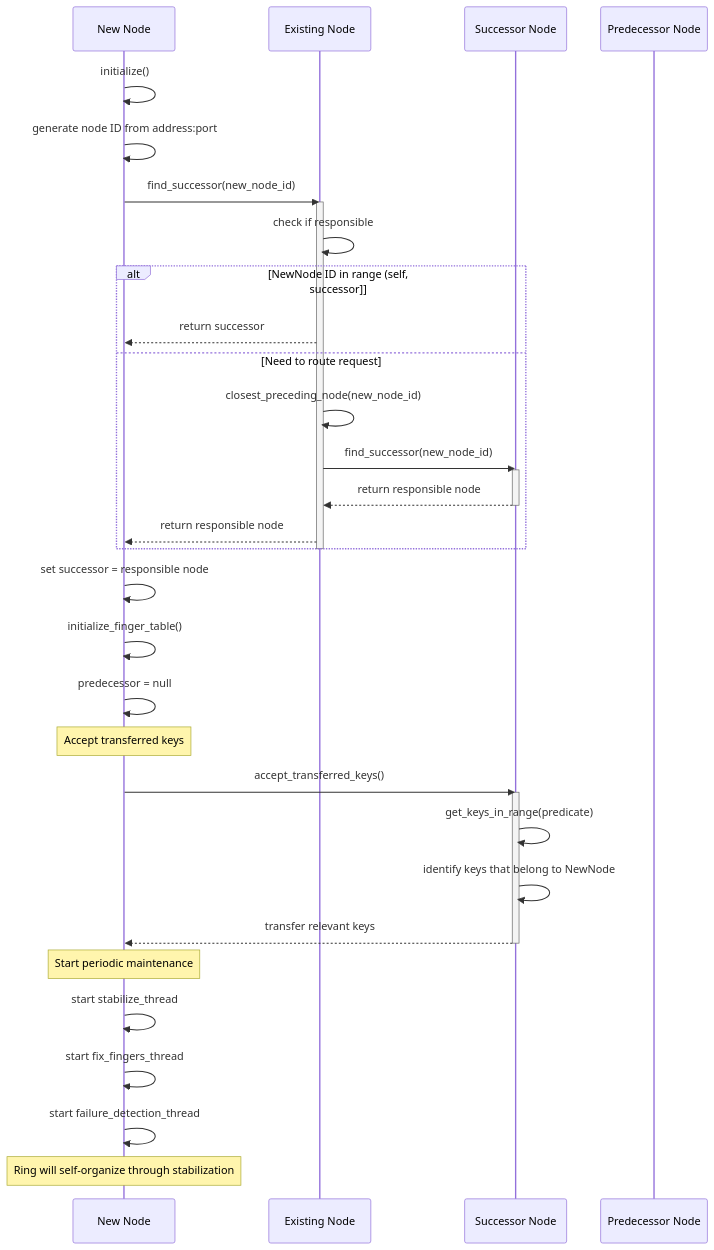
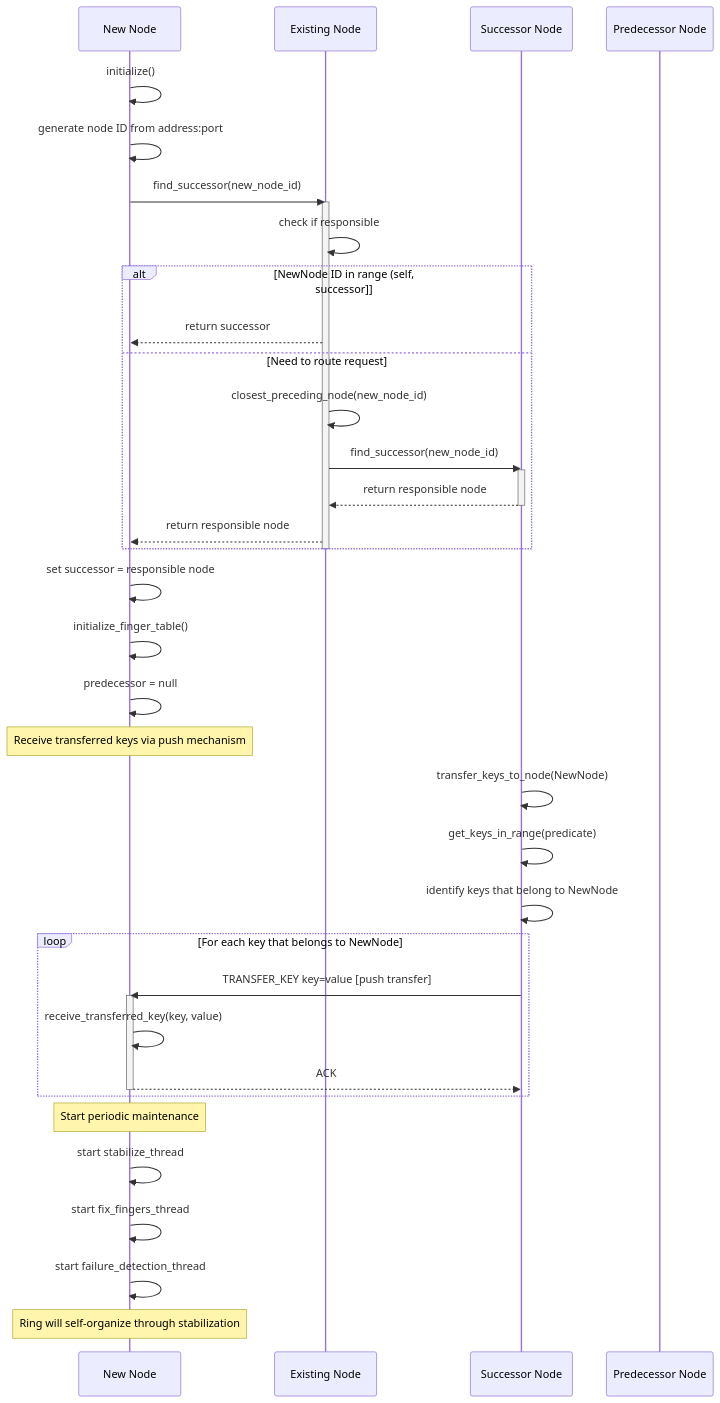
The first of 7 diagrams in CHORD_COMMUNICATION_SEQUENCE.md (ryogrid/FunnelKVS-CPP), drawn with Mermaid before and after one commit. The commit also changed other lines of this file and 3 other files, not shown here.

````diff
--- a/CHORD_COMMUNICATION_SEQUENCE.md
+++ b/CHORD_COMMUNICATION_SEQUENCE.md
@@ -26,45 +26,50 @@
 ```mermaid
 sequenceDiagram
     participant NewNode as New Node
     participant ExistingNode as Existing Node
     participant Successor as Successor Node
     participant Predecessor as Predecessor Node
 
     NewNode->>NewNode: initialize()
     NewNode->>NewNode: generate node ID from address:port
     
     NewNode->>ExistingNode: find_successor(new_node_id)
     activate ExistingNode
     
     ExistingNode->>ExistingNode: check if responsible
     alt NewNode ID in range (self, successor]
         ExistingNode-->>NewNode: return successor
     else Need to route request
         ExistingNode->>ExistingNode: closest_preceding_node(new_node_id)
         ExistingNode->>Successor: find_successor(new_node_id)
         activate Successor
         Successor-->>ExistingNode: return responsible node
         deactivate Successor
         ExistingNode-->>NewNode: return responsible node
     end
     deactivate ExistingNode
     
     NewNode->>NewNode: set successor = responsible node
     NewNode->>NewNode: initialize_finger_table()
     NewNode->>NewNode: predecessor = null
     
-    Note over NewNode: Accept transferred keys
-    NewNode->>Successor: accept_transferred_keys()
-    activate Successor
+    Note over NewNode: Receive transferred keys via push mechanism
+    Successor->>Successor: transfer_keys_to_node(NewNode)
     Successor->>Successor: get_keys_in_range(predicate)
     Successor->>Successor: identify keys that belong to NewNode
-    Successor-->>NewNode: transfer relevant keys
-    deactivate Successor
+    
+    loop For each key that belongs to NewNode
+        Successor->>NewNode: TRANSFER_KEY key=value [push transfer]
+        activate NewNode
+        NewNode->>NewNode: receive_transferred_key(key, value)
+        NewNode-->>Successor: ACK
+        deactivate NewNode
+    end
     
     Note over NewNode: Start periodic maintenance
     NewNode->>NewNode: start stabilize_thread
     NewNode->>NewNode: start fix_fingers_thread
     NewNode->>NewNode: start failure_detection_thread
     
     Note over NewNode: Ring will self-organize through stabilization
 ```
````
